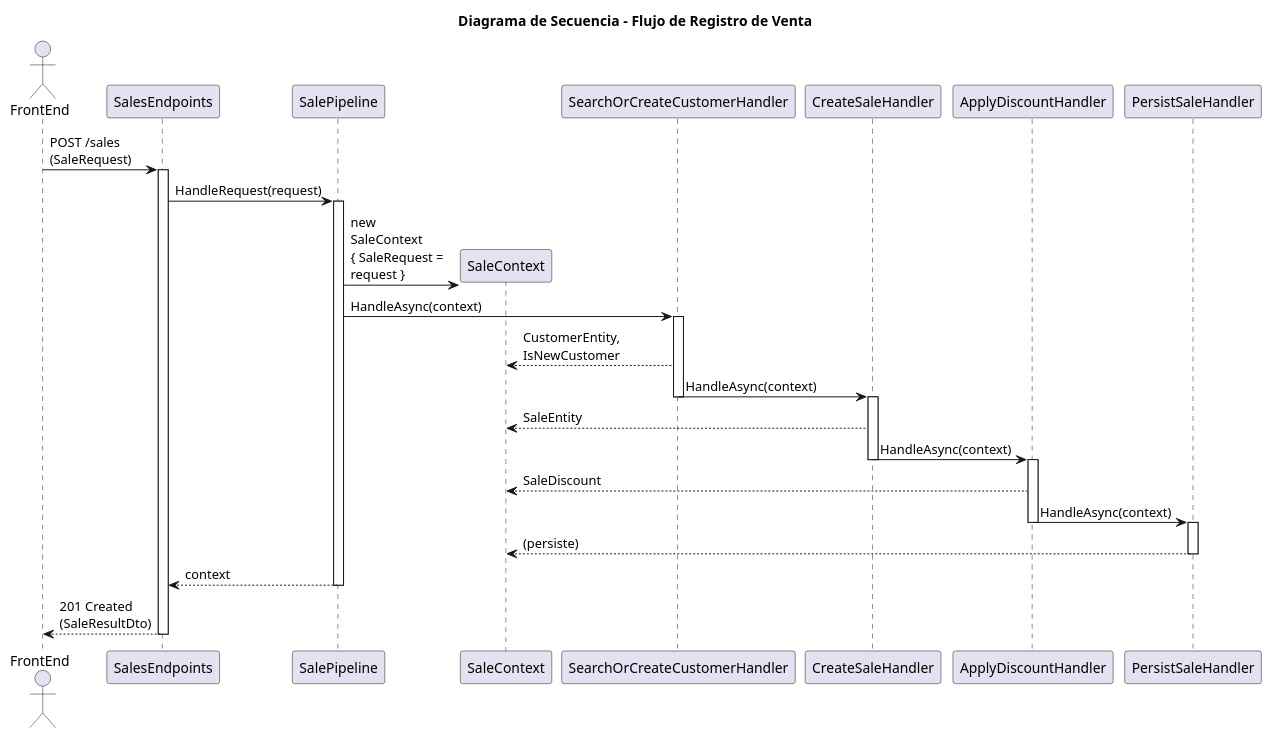
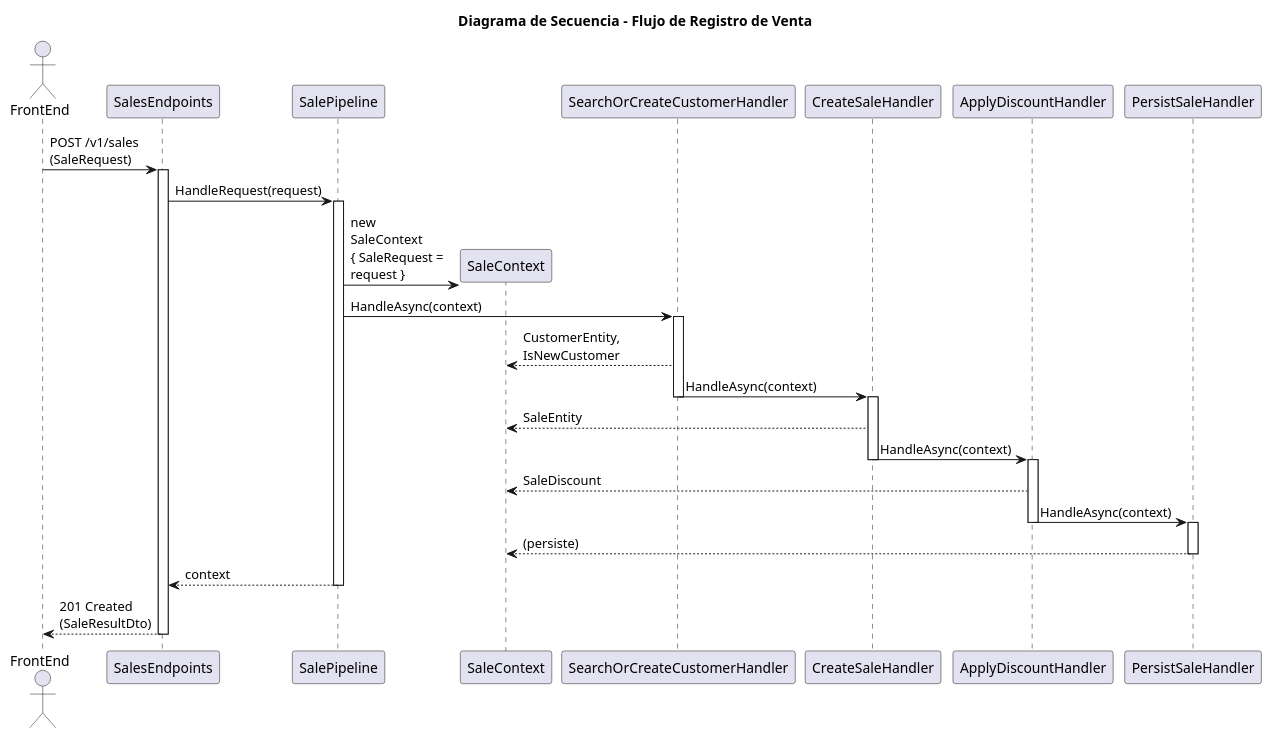
The diagram in docs/WebApi/seq-handlers-sale-registry-flow.puml (rogerrocaarano/DesignPatternsDemo), drawn with PlantUML before and after one commit. The commit also changed 93 other files, not shown here.

First line of the commit message:
Refactor: migrate Sales to Use Case pattern and adopt layered architecture

```diff
--- a/docs/WebApi/seq-handlers-sale-registry-flow.puml
+++ b/docs/WebApi/seq-handlers-sale-registry-flow.puml
@@ -1,51 +1,51 @@
 @startuml
 
 title Diagrama de Secuencia - Flujo de Registro de Venta
 
 skinparam wrapWidth 250
 skinparam maxMessageSize 100
 
 actor FrontEnd
 participant SalesEndpoints
 participant SalePipeline
 participant SaleContext
 participant SearchOrCreateCustomerHandler
 participant CreateSaleHandler
 participant ApplyDiscountHandler
 participant PersistSaleHandler
 
-FrontEnd -> SalesEndpoints : POST /sales\n(SaleRequest)
+FrontEnd -> SalesEndpoints : POST /v1/sales\n(SaleRequest)
 activate SalesEndpoints
 
 SalesEndpoints -> SalePipeline : HandleRequest(request)
 activate SalePipeline
 
 SalePipeline -> SaleContext ** : new SaleContext\n{ SaleRequest = request }
 
 SalePipeline -> SearchOrCreateCustomerHandler : HandleAsync(context)
 activate SearchOrCreateCustomerHandler
 SearchOrCreateCustomerHandler --> SaleContext : CustomerEntity, IsNewCustomer
 SearchOrCreateCustomerHandler -> CreateSaleHandler : HandleAsync(context)
 deactivate SearchOrCreateCustomerHandler
 
 activate CreateSaleHandler
 CreateSaleHandler --> SaleContext : SaleEntity
 CreateSaleHandler -> ApplyDiscountHandler : HandleAsync(context)
 deactivate CreateSaleHandler
 
 activate ApplyDiscountHandler
 ApplyDiscountHandler --> SaleContext : SaleDiscount
 ApplyDiscountHandler -> PersistSaleHandler : HandleAsync(context)
 deactivate ApplyDiscountHandler
 
 activate PersistSaleHandler
 PersistSaleHandler --> SaleContext : (persiste)
 deactivate PersistSaleHandler
 
 SalePipeline --> SalesEndpoints : context
 deactivate SalePipeline
 
 SalesEndpoints --> FrontEnd : 201 Created\n(SaleResultDto)
 deactivate SalesEndpoints
 
 @enduml
```
